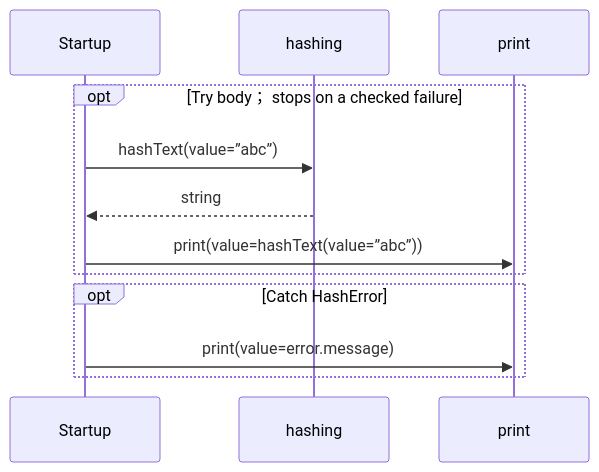
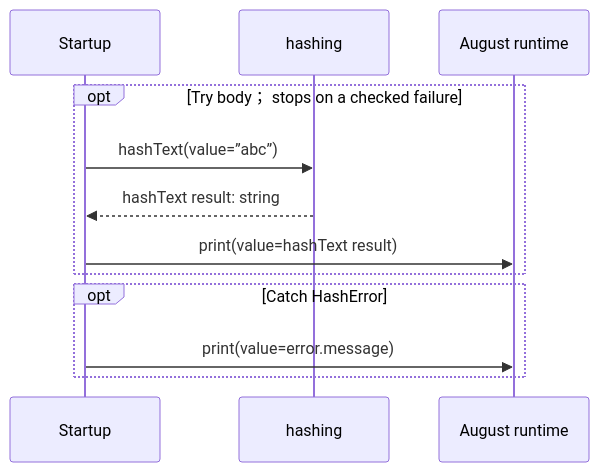
One commit to GreenPandaStudios/augscript changed the diagram in docs/examples/native-blake3/main-diagrams.md. Above: the diagram before and after it, drawn with Mermaid. The commit also changed other lines of this file and 304 other files, not shown here.

Commit message:
Make generated data-flow sequences concise and review every diagram

````diff
--- a/docs/examples/native-blake3/main-diagrams.md
+++ b/docs/examples/native-blake3/main-diagrams.md
@@ -39,14 +28,14 @@
 ```mermaid
 sequenceDiagram
     participant p0 as Startup
     participant p1 as hashing
-    participant p2 as print
+    participant p2 as August runtime
     opt Try body； stops on a checked failure
     p0->>p1: hashText(value=”abc”)
-    p1-->>p0: string
-    p0->>p2: print(value=hashText(value=”abc”))
+    p1-->>p0: hashText result: string
+    p0->>p2: print(value=hashText result)
     end
     opt Catch HashError
     p0->>p2: print(value=error.message)
     end
 ```
````
